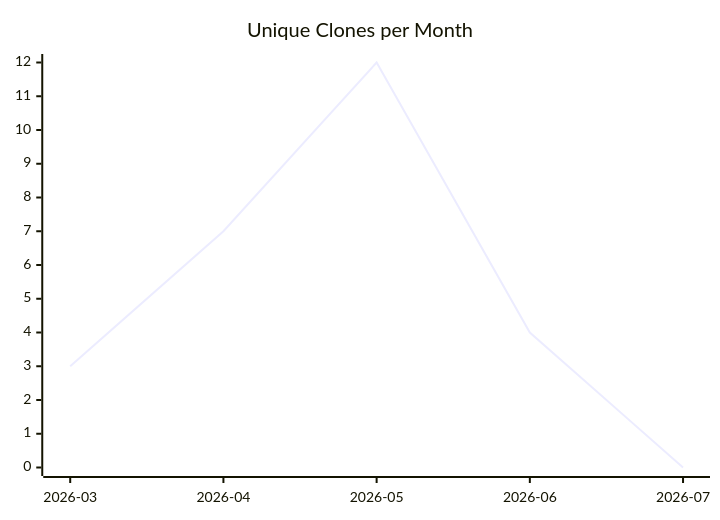
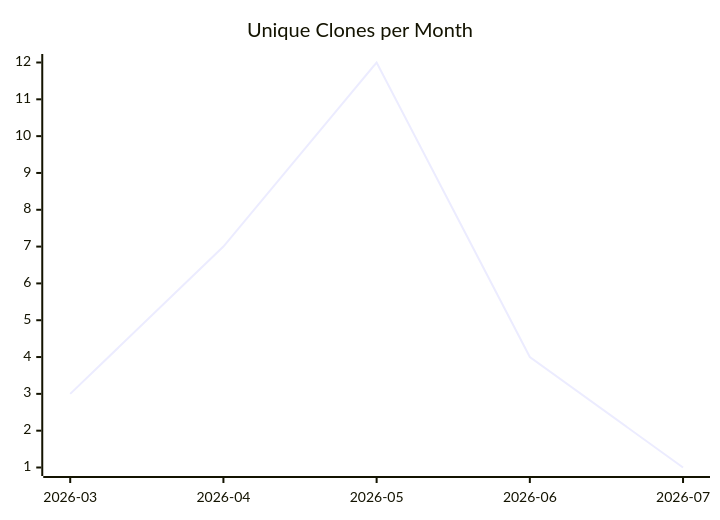
One commit to justdavis-family/github-analytics-data changed the third of 3 diagrams in karlmdavis/perfect-note/README.md. Above: the diagram before and after it, drawn with Mermaid. The commit also changed other lines of this file and 185 other files, not shown here.

````diff
--- a/karlmdavis/perfect-note/README.md
+++ b/karlmdavis/perfect-note/README.md
@@ -19,6 +19,6 @@
 ```mermaid
 xychart-beta
   title "Unique Clones per Month"
   x-axis ["2026-03", "2026-04", "2026-05", "2026-06", "2026-07"]
-  line [3, 7, 12, 4, 0]
+  line [3, 7, 12, 4, 1]
 ```
````
